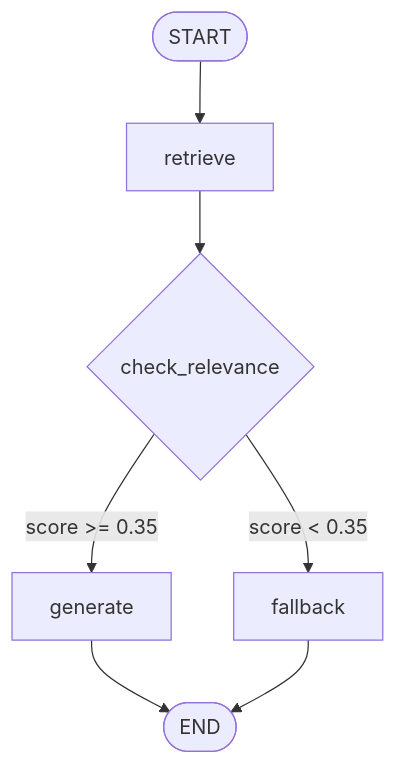
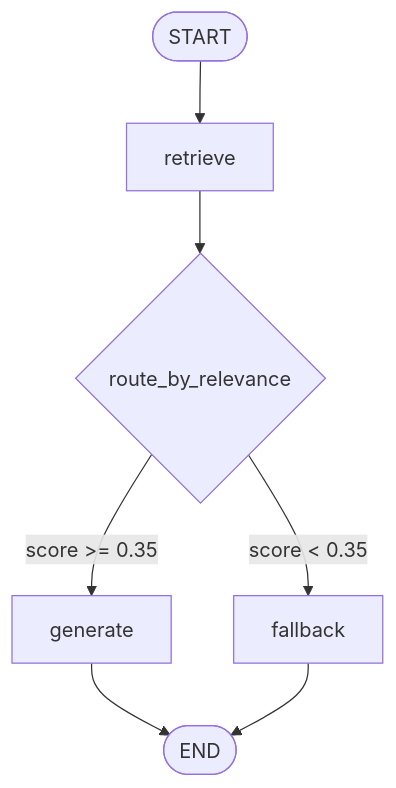
Before and after one commit to Deepak-vm/appening-assignment: the diagram in docs/architecture.md, drawn with Mermaid. The commit also changed other lines of this file and 1 other file, not shown here.

Commit message:
update README and architecture doc to reflect current stack and schemas

````diff
--- a/docs/architecture.md
+++ b/docs/architecture.md
@@ -24,9 +26,9 @@
 ```mermaid
 graph TD
     A([START]) --> B[retrieve]
-    B --> C{check_relevance}
+    B --> C{route_by_relevance}
     C -- score >= 0.35 --> D[generate]
     C -- score < 0.35  --> E[fallback]
     D --> F([END])
     E --> F
 ```
````
